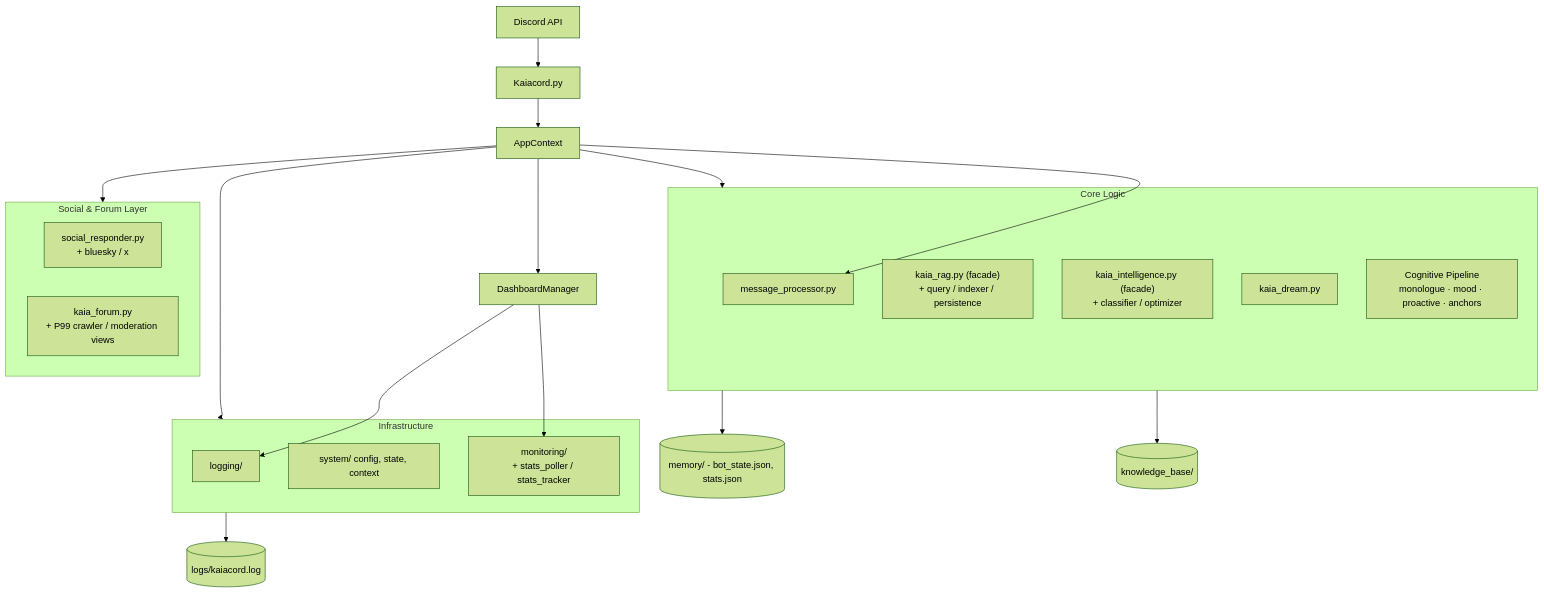
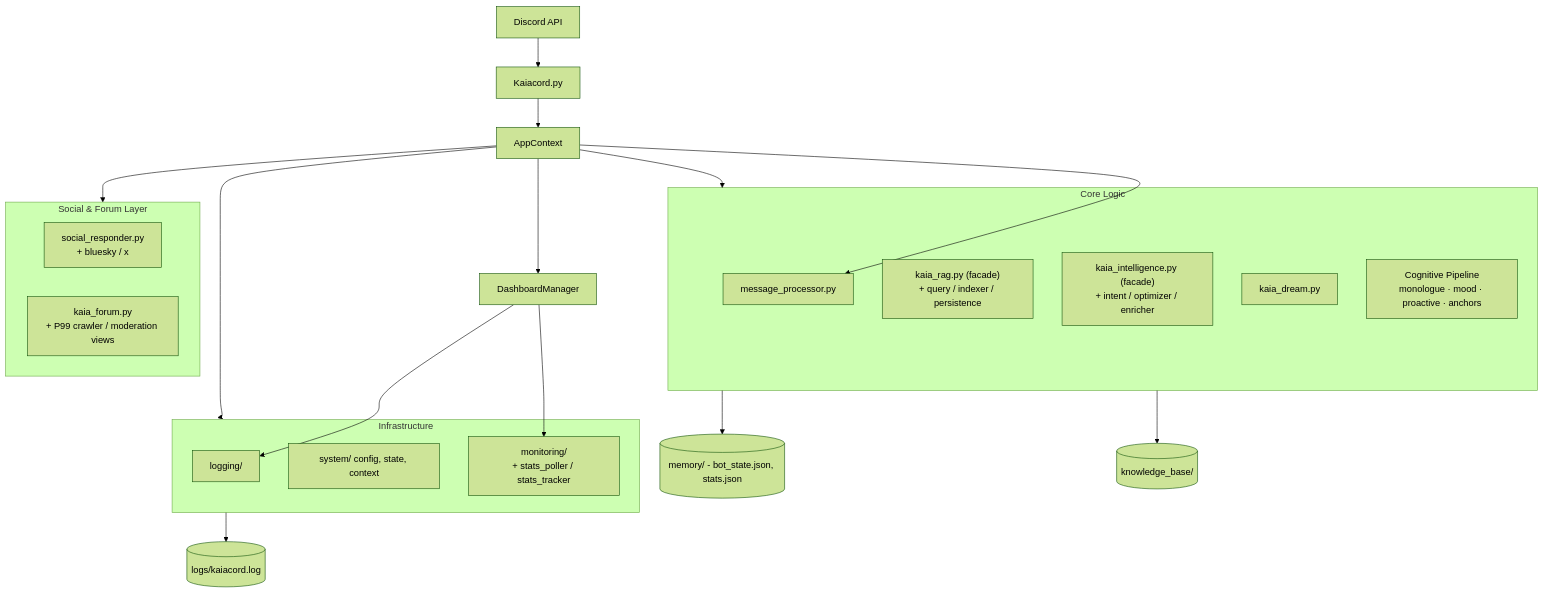
The first of 2 diagrams in docs/03-architecture/overview.md (Ekco-S64QTN6/Kaiacord), drawn with Mermaid (forest theme) before and after one commit. The commit also changed other lines of this file and 22 other files, not shown here.

````diff
--- a/docs/03-architecture/overview.md
+++ b/docs/03-architecture/overview.md
@@ -9,36 +9,36 @@
 ```mermaid
 graph TB
     Discord[Discord API] --> Kaiacord[Kaiacord.py]
     Kaiacord --> Ctx[AppContext]
     Ctx --> DM[DashboardManager]
     Ctx --> MP[MessageProcessor]
     
     subgraph CL ["Core Logic"]
         RAG["kaia_rag.py (facade)\n+ query / indexer / persistence"]
-        Intel["kaia_intelligence.py (facade)\n+ classifier / optimizer"]
+        Intel["kaia_intelligence.py (facade)\n+ intent / optimizer / enricher"]
         Dream[kaia_dream.py]
         MP[message_processor.py]
         COG["Cognitive Pipeline\nmonologue · mood · proactive · anchors"]
     end
 
     subgraph SOC ["Social & Forum Layer"]
         Social["social_responder.py\n+ bluesky / x"]
         Forum["kaia_forum.py\n+ P99 crawler / moderation views"]
     end
     
     subgraph INF ["Infrastructure"]
         Logging["logging/"]
         System["system/ config, state, context"]
         Monitoring["monitoring/\n+ stats_poller / stats_tracker"]
     end
     
     Ctx --> CL
     Ctx --> INF
     Ctx --> SOC
     DM --> Logging
     DM --> Monitoring
     
     INF --> Logs[(logs/kaiacord.log)]
     CL --> Memory[(memory/ - bot_state.json, stats.json)]
     CL --> KB[(knowledge_base/)]
 ```
````
